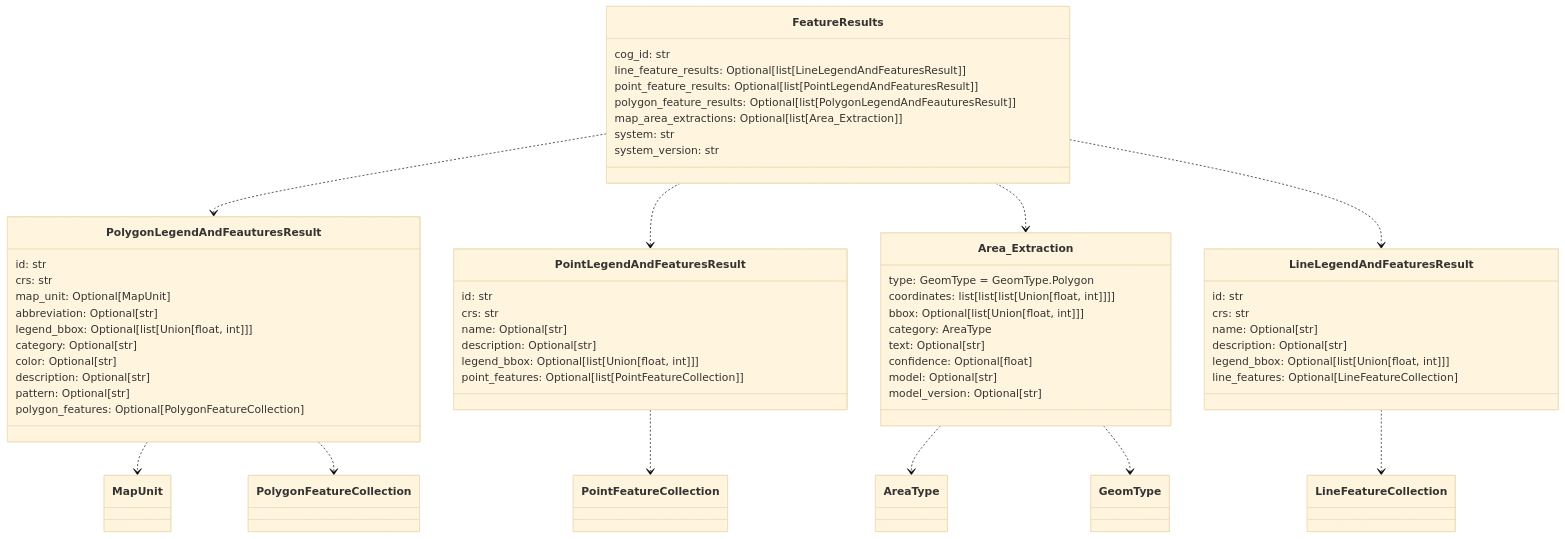
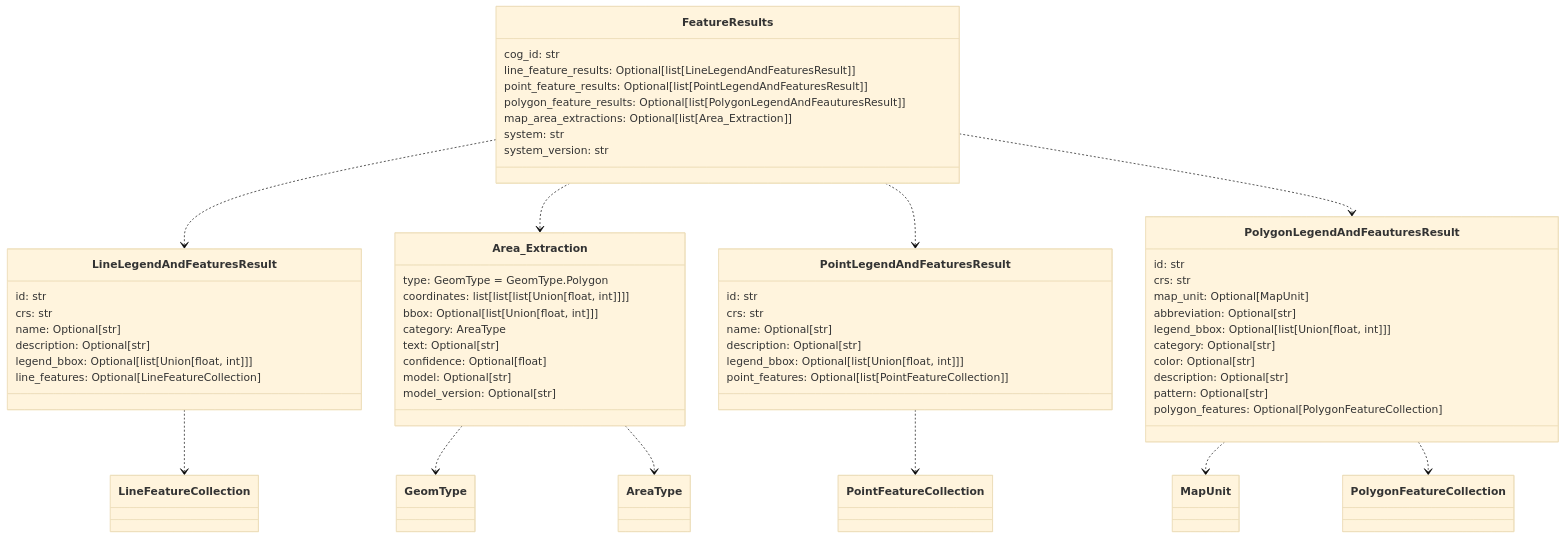
The third of 4 diagrams in README.md (DARPA-CRITICALMAAS/cdr_schemas), drawn with Mermaid (base theme) before and after one commit. The commit also changed other lines of this file, not shown here.

Commit message:
Show point

````diff
--- a/README.md
+++ b/README.md
@@ -188,68 +188,68 @@
 ```mermaid
 classDiagram
+
+    class Area_Extraction {
+        type: GeomType = GeomType.Polygon
+        coordinates: list[list[list[Union[float, int]]]]
+        bbox: Optional[list[Union[float, int]]]
+        category: AreaType
+        text: Optional[str]
+        confidence: Optional[float]
+        model: Optional[str]
+        model_version: Optional[str]
+    }
 
     class PointLegendAndFeaturesResult {
         id: str
         crs: str
         name: Optional[str]
         description: Optional[str]
         legend_bbox: Optional[list[Union[float, int]]]
         point_features: Optional[list[PointFeatureCollection]]
+    }
+
+    class LineLegendAndFeaturesResult {
+        id: str
+        crs: str
+        name: Optional[str]
+        description: Optional[str]
+        legend_bbox: Optional[list[Union[float, int]]]
+        line_features: Optional[LineFeatureCollection]
     }
 
     class FeatureResults {
         cog_id: str
         line_feature_results: Optional[list[LineLegendAndFeaturesResult]]
         point_feature_results: Optional[list[PointLegendAndFeaturesResult]]
         polygon_feature_results: Optional[list[PolygonLegendAndFeauturesResult]]
         map_area_extractions: Optional[list[Area_Extraction]]
         system: str
         system_version: str
     }
 
     class PolygonLegendAndFeauturesResult {
         id: str
         crs: str
         map_unit: Optional[MapUnit]
         abbreviation: Optional[str]
         legend_bbox: Optional[list[Union[float, int]]]
         category: Optional[str]
         color: Optional[str]
         description: Optional[str]
         pattern: Optional[str]
         polygon_features: Optional[PolygonFeatureCollection]
     }
 
-    class Area_Extraction {
-        type: GeomType = GeomType.Polygon
-        coordinates: list[list[list[Union[float, int]]]]
-        bbox: Optional[list[Union[float, int]]]
-        category: AreaType
-        text: Optional[str]
-        confidence: Optional[float]
-        model: Optional[str]
-        model_version: Optional[str]
-    }
-
-    class LineLegendAndFeaturesResult {
-        id: str
-        crs: str
-        name: Optional[str]
-        description: Optional[str]
-        legend_bbox: Optional[list[Union[float, int]]]
-        line_features: Optional[LineFeatureCollection]
-    }
-
+    Area_Extraction ..> GeomType
     Area_Extraction ..> AreaType
-    Area_Extraction ..> GeomType
     LineLegendAndFeaturesResult ..> LineFeatureCollection
     PointLegendAndFeaturesResult ..> PointFeatureCollection
     PolygonLegendAndFeauturesResult ..> MapUnit
     PolygonLegendAndFeauturesResult ..> PolygonFeatureCollection
+    FeatureResults ..> LineLegendAndFeaturesResult
+    FeatureResults ..> Area_Extraction
+    FeatureResults ..> PointLegendAndFeaturesResult
     FeatureResults ..> PolygonLegendAndFeauturesResult
-    FeatureResults ..> PointLegendAndFeaturesResult
-    FeatureResults ..> Area_Extraction
-    FeatureResults ..> LineLegendAndFeaturesResult
 
 
 ```
````
